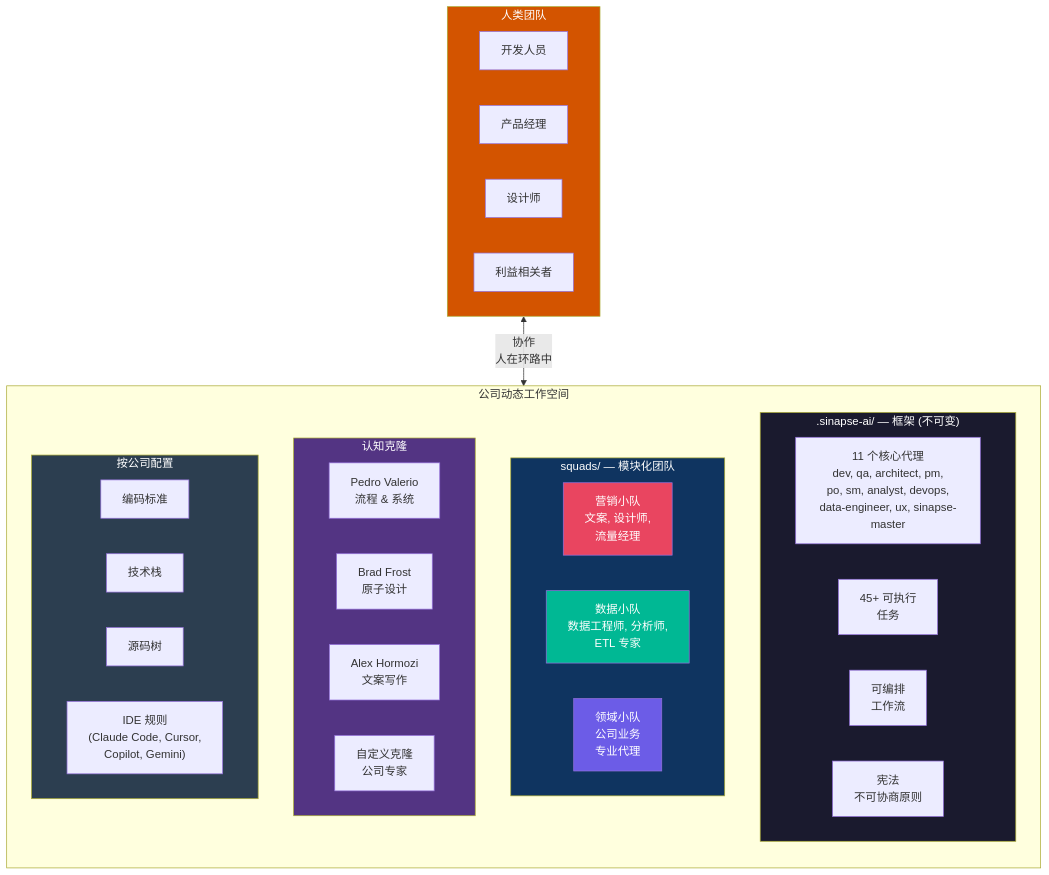
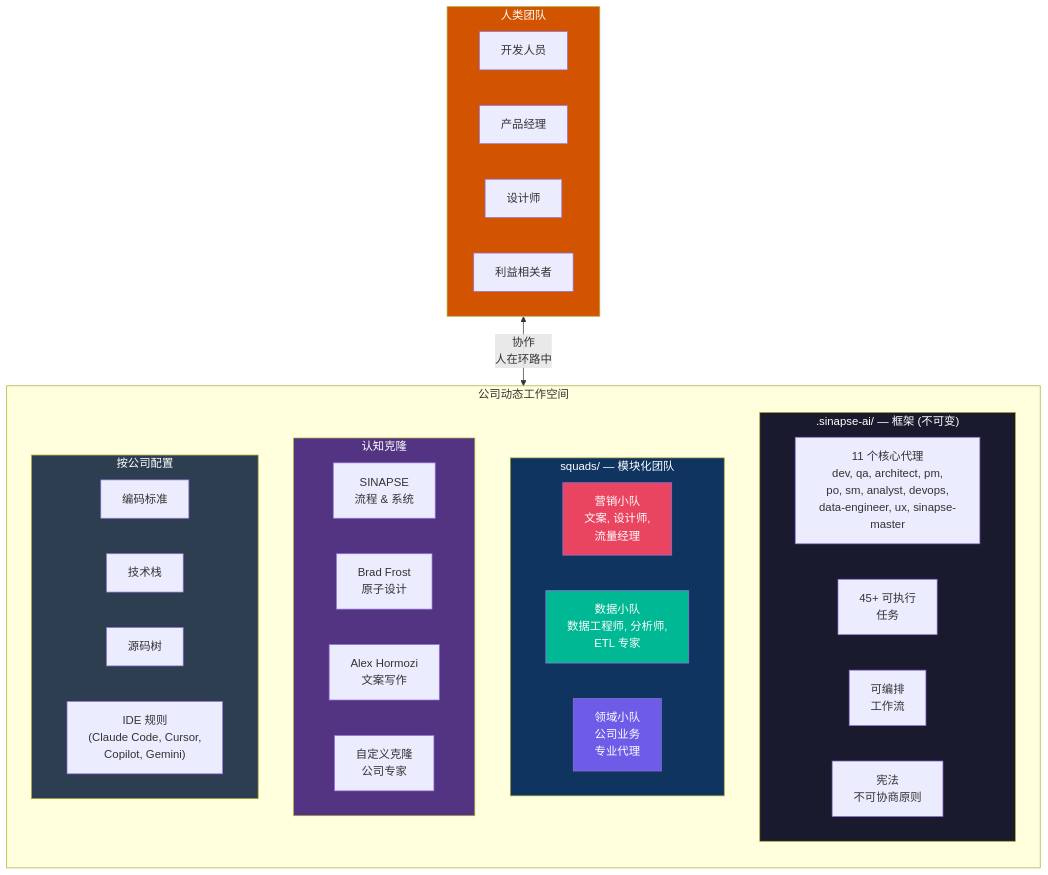
Before and after one commit to caioimori/sinapse-ai: the eighth of 12 diagrams in docs/zh/architecture/SINAPSE-VISUAL-OVERVIEW.md, drawn with Mermaid. The commit also changed other lines of this file and 56 other files, not shown here.

````diff
--- a/docs/zh/architecture/SINAPSE-VISUAL-OVERVIEW.md
+++ b/docs/zh/architecture/SINAPSE-VISUAL-OVERVIEW.md
@@ -335,51 +335,51 @@
 ```mermaid
 flowchart TB
     subgraph WS["公司动态工作空间"]
         direction TB
 
         subgraph FRAMEWORK[".sinapse-ai/ — 框架 (不可变)"]
             AGENTS_CORE["11 个核心代理<br/>dev, qa, architect, pm,<br/>po, sm, analyst, devops,<br/>data-engineer, ux, sinapse-master"]
             TASKS_CORE["45+ 可执行<br/>任务"]
             WORKFLOWS["可编排<br/>工作流"]
             CONSTITUTION["宪法<br/>不可协商原则"]
         end
 
         subgraph SQUADS["squads/ — 模块化团队"]
             SQ1["营销小队<br/>文案, 设计师,<br/>流量经理"]
             SQ2["数据小队<br/>数据工程师, 分析师,<br/>ETL 专家"]
             SQ3["领域小队<br/>公司业务<br/>专业代理"]
         end
 
         subgraph MINDS["认知克隆"]
-            M1["Pedro Valerio<br/>流程 & 系统"]
+            M1["SINAPSE<br/>流程 & 系统"]
             M2["Brad Frost<br/>原子设计"]
             M3["Alex Hormozi<br/>文案写作"]
             M4["自定义克隆<br/>公司专家"]
         end
 
         subgraph CONFIG["按公司配置"]
             CS["编码标准"]
             TS["技术栈"]
             ST["源码树"]
             IDE["IDE 规则<br/>(Claude Code, Cursor,<br/>Copilot, Gemini)"]
         end
     end
 
     subgraph HUMANS["人类团队"]
         DEV_H["开发人员"]
         PM_H["产品经理"]
         DESIGN_H["设计师"]
         STAKEHOLDERS["利益相关者"]
     end
 
     HUMANS <-->|"协作<br/>人在环路中"| WS
 
     style FRAMEWORK fill:#1a1a2e,color:#fff
     style SQUADS fill:#0f3460,color:#fff
     style MINDS fill:#533483,color:#fff
     style CONFIG fill:#2c3e50,color:#fff
     style HUMANS fill:#d35400,color:#fff
     style SQ1 fill:#e94560,color:#fff
     style SQ2 fill:#00b894,color:#fff
     style SQ3 fill:#6c5ce7,color:#fff
 ```
````
